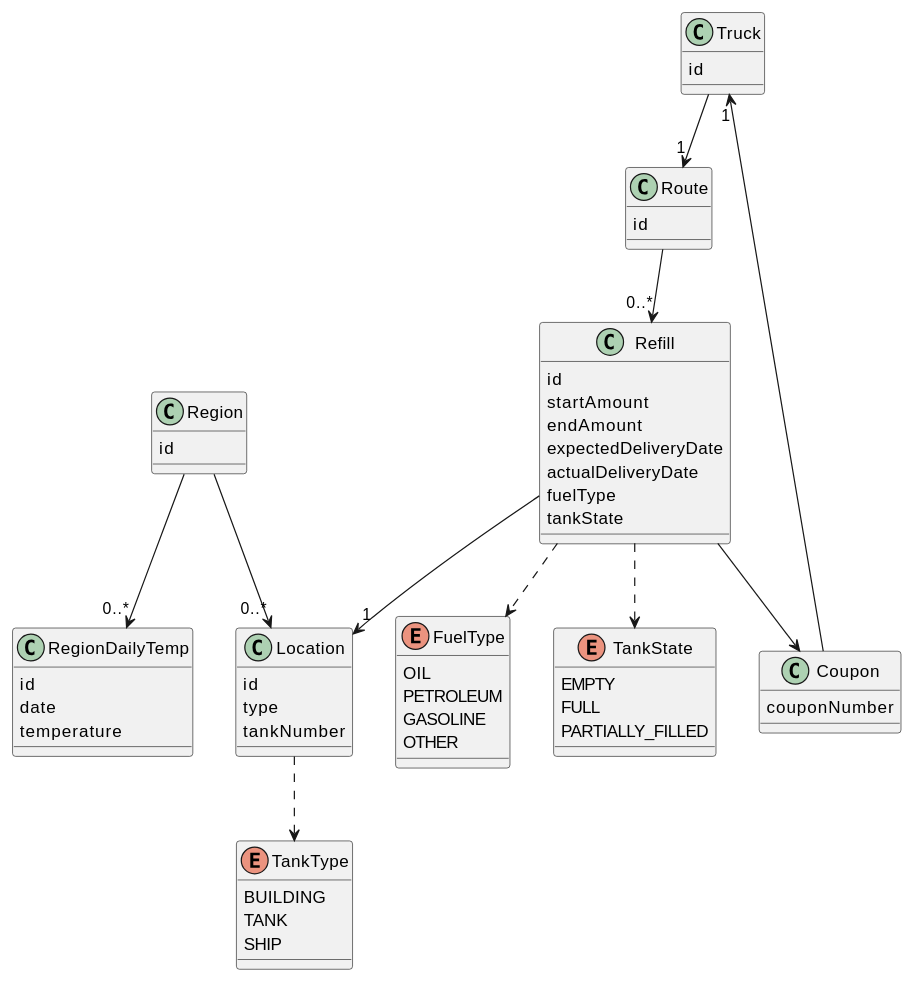
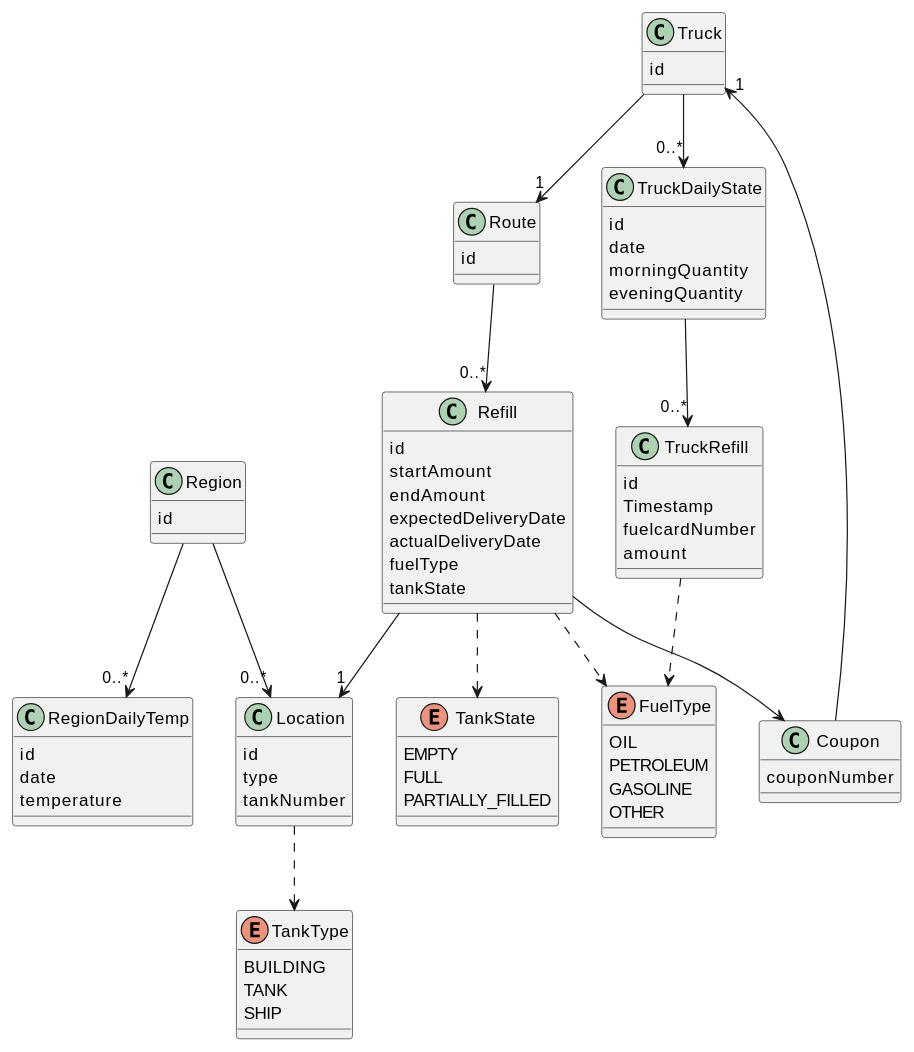
One commit to IT-Minds/client_comby_oilcontrols changed the diagram in docs/entity-datamodel.md. Above: the diagram before and after it, drawn with PlantUML. The commit also changed 9 other files, not shown here.

````diff
--- a/docs/entity-datamodel.md
+++ b/docs/entity-datamodel.md
@@ -38,6 +38,20 @@
   temperature
 }
 
+class TruckDailyState {
+  id
+  date
+  morningQuantity
+  eveningQuantity
+}
+
+class TruckRefill {
+  id
+  Timestamp
+  fuelcardNumber
+  amount
+}
+
 enum FuelType {
   OIL
   PETROLEUM
@@ -71,6 +85,9 @@
 Truck "1" <-- Coupon
 Region --> "0..*" Location
 Region --> "0..*" RegionDailyTemp
+Truck --> "0..*" TruckDailyState
+TruckDailyState --> "0..*" TruckRefill
+TruckRefill ..> FuelType
 @enduml
 
 ```
````
